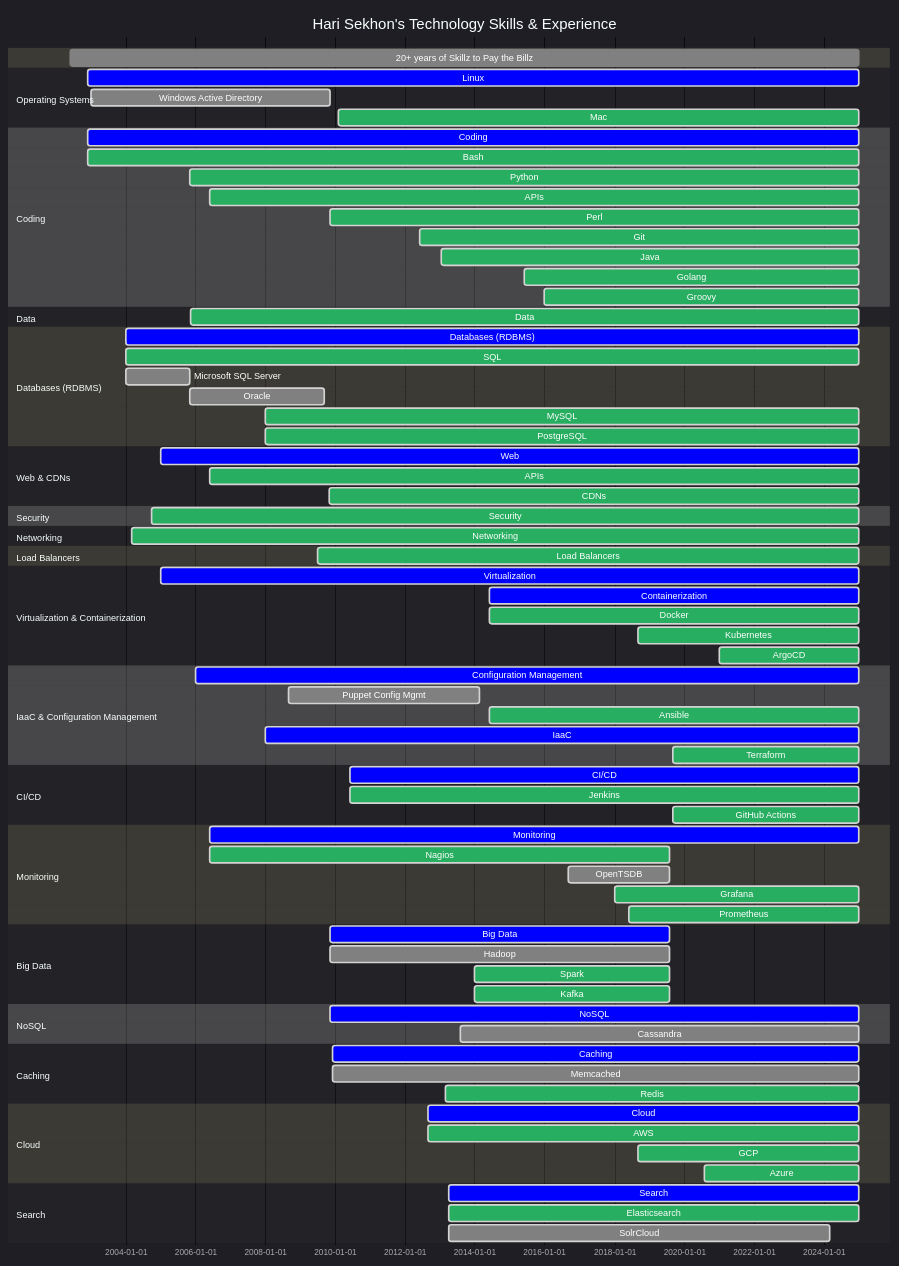
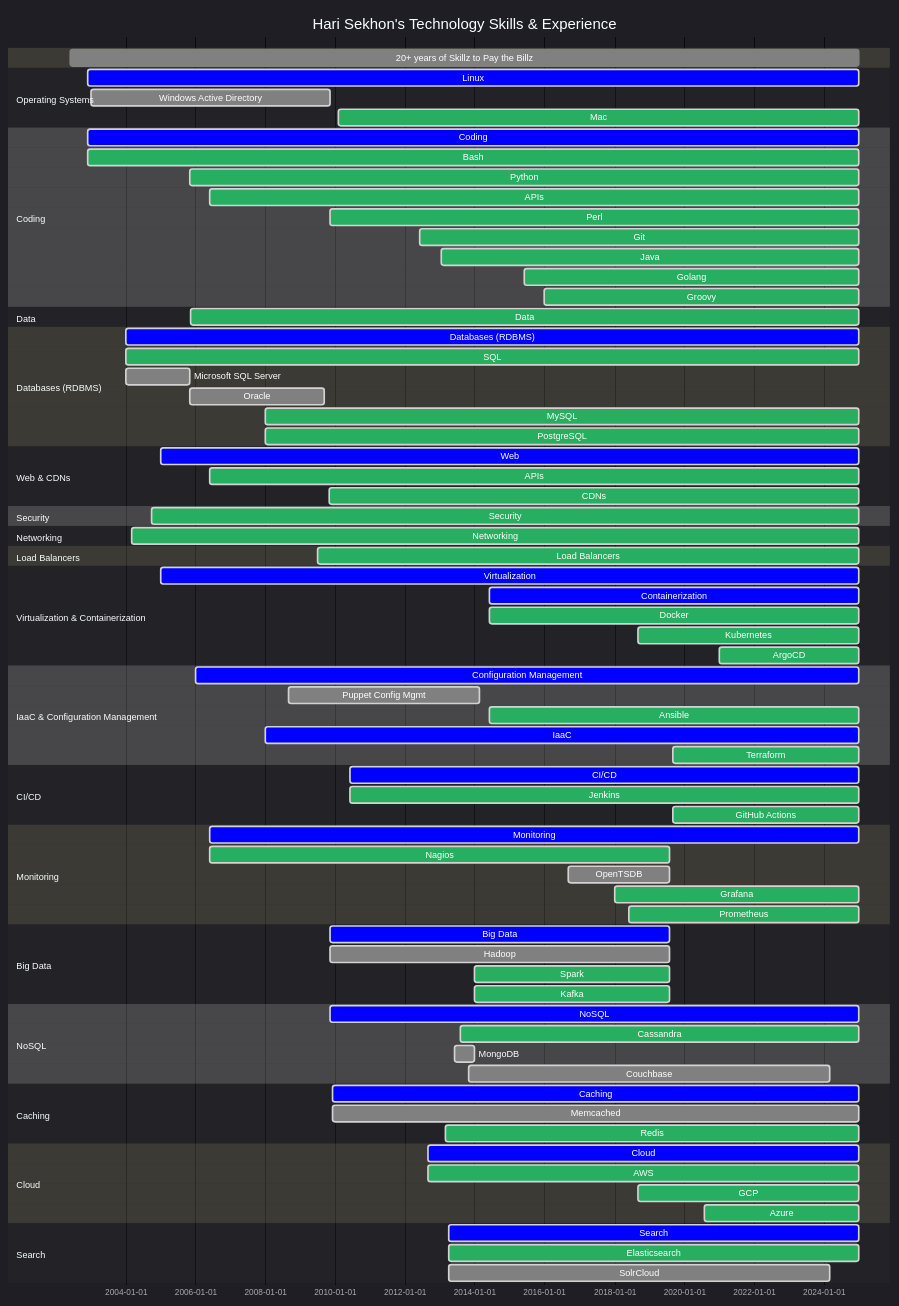
Before and after one commit to HariSekhon/HariSekhon: the diagram in README.md, drawn with Mermaid.

```diff
--- a/README.md
+++ b/README.md
@@ -449,9 +449,9 @@
 
     section NoSQL
     NoSQL                  : crit, 2009-11-13, 2024-12-31
-    Cassandra              : done, 2013-08-01, 2024-12-31
-    %%MongoDB                : done, 2013-06-01, 2013-12-31
-    %%Couchbase              : done, 2013-11-01, 2024-03-01
+    Cassandra              : active, 2013-08-01, 2024-12-31
+    MongoDB                : done, 2013-06-01, 2013-12-31
+    Couchbase              : done, 2013-11-01, 2024-03-01
 
     section Caching
     Caching                : crit, 2009-11-31, 2024-12-31
```
